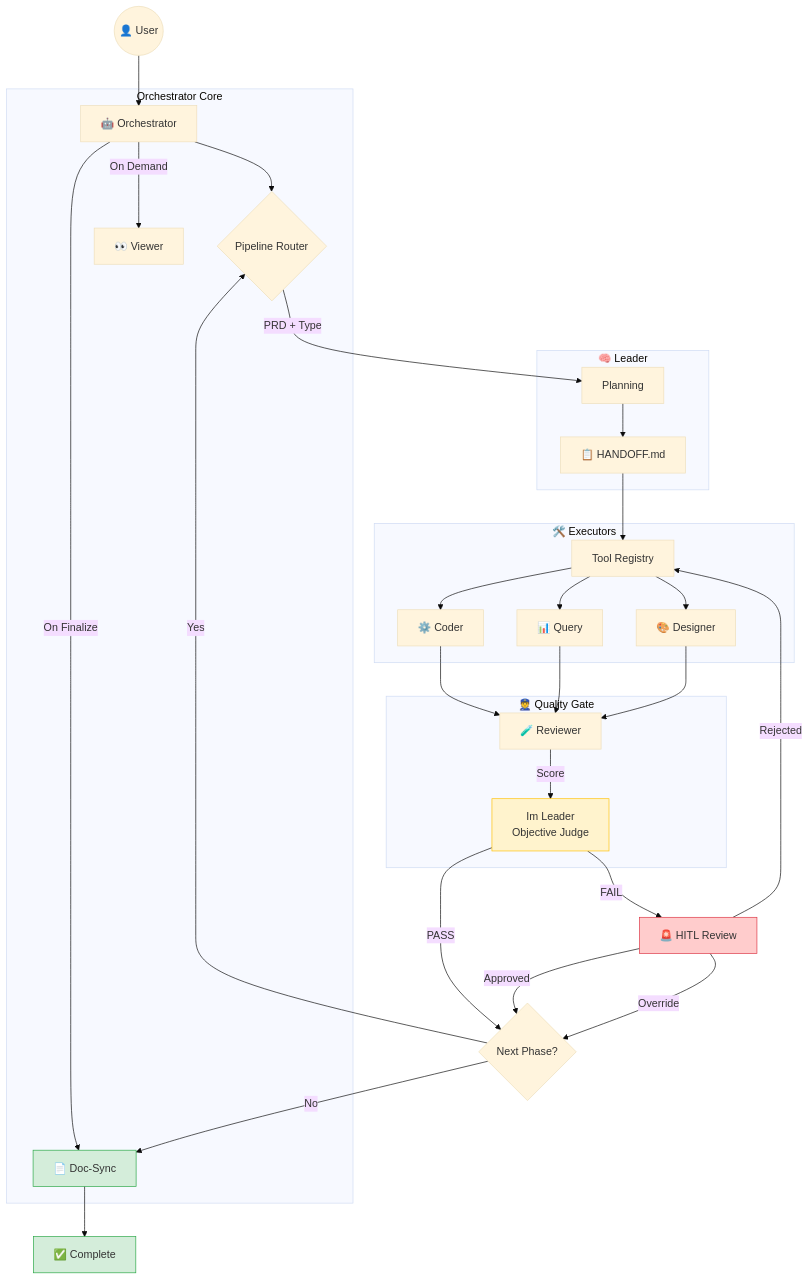
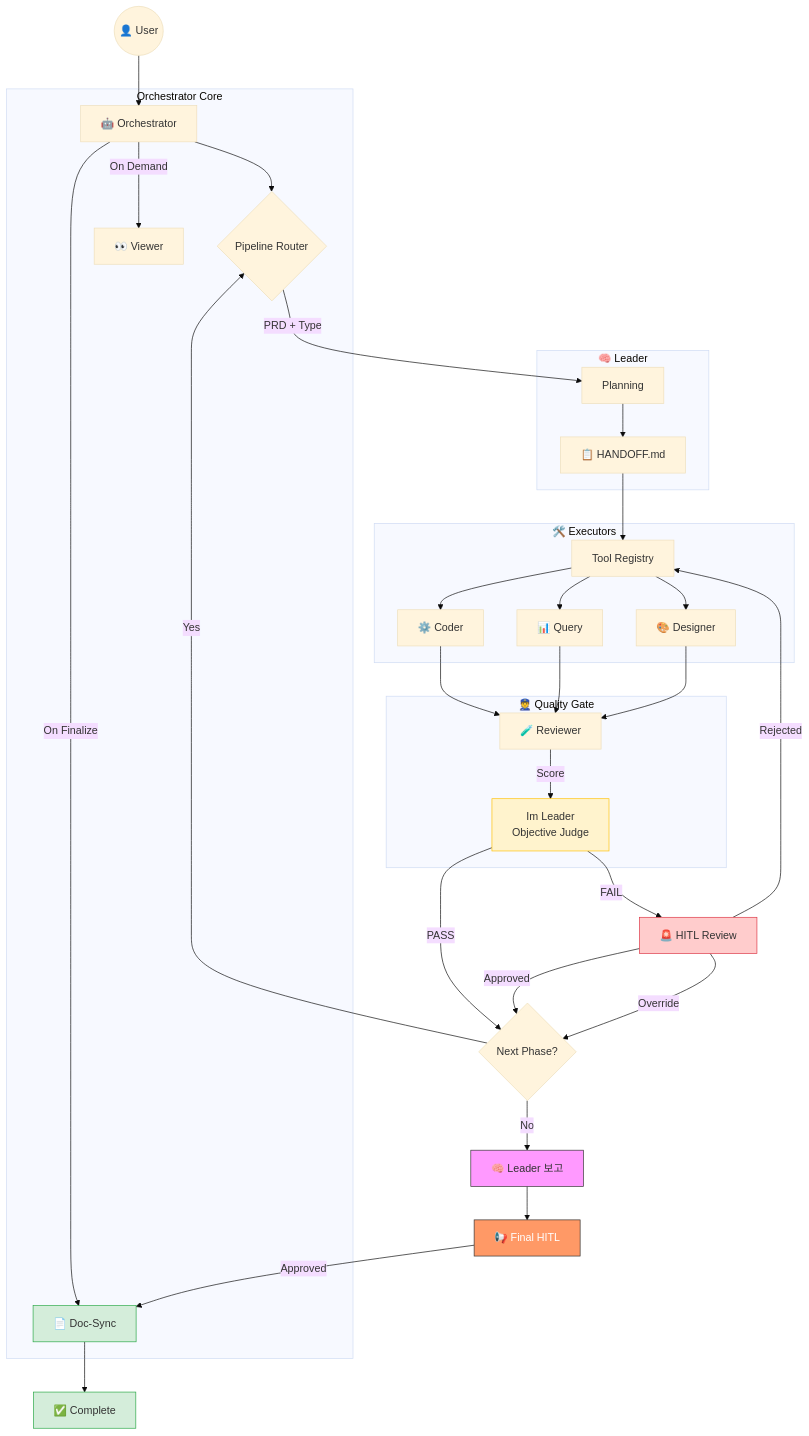
One commit to Jelly1104/orchestrator changed the fifth of 7 diagrams in ATO-System-B/.claude/README.md. Above: the diagram before and after it, drawn with Mermaid (base theme). The commit also changed other lines of this file and 266 other files, not shown here.

````diff
--- a/ATO-System-B/.claude/README.md
+++ b/ATO-System-B/.claude/README.md
@@ -413,45 +415,49 @@
 ```mermaid
 graph TD
     User((👤 User)) --> ORC[🤖 Orchestrator]
 
     subgraph "Orchestrator Core"
         ORC --> Router{Pipeline Router}
         ORC --> |On Demand|Viewer[👀 Viewer]
         ORC --> |On Finalize|DocSync[📄 Doc-Sync]
     end
 
     subgraph "🧠 Leader"
         Router -->|PRD + Type| L_Plan[Planning]
         L_Plan --> Handoff[📋 HANDOFF.md]
     end
 
     subgraph "🛠️ Executors"
         Handoff --> Registry[Tool Registry]
         Registry --> Code[⚙️ Coder]
         Registry --> Analysis[📊 Query]
         Registry --> Design[🎨 Designer]
     end
 
     subgraph "👮 Quality Gate"
         Code --> Review[🧪 Reviewer]
         Analysis --> Review
         Design --> Review
         Review -->|Score| ImLeader[Im Leader<br/>Objective Judge]
     end
 
     ImLeader -->|PASS| PhaseCheck{Next Phase?}
     ImLeader -->|FAIL| HITL[🚨 HITL Review]
 
     PhaseCheck -->|Yes| Router
-    PhaseCheck -->|No| DocSync
+    PhaseCheck -->|No| LeaderReport[🧠 Leader 보고]
+    LeaderReport --> FinalHITL[📢 Final HITL]
+    FinalHITL -->|Approved| DocSync
     DocSync --> Done[✅ Complete]
 
     HITL -->|Approved| PhaseCheck
     HITL -->|Override| PhaseCheck
     HITL -->|Rejected| Registry
 
     style HITL fill:#ffcccc,stroke:#dc3545
+    style FinalHITL fill:#f96,stroke:#333,color:white
+    style LeaderReport fill:#f9f,stroke:#333
     style ImLeader fill:#fff3cd,stroke:#ffc107
     style Done fill:#d4edda,stroke:#28a745
     style DocSync fill:#d4edda,stroke:#28a745
 ```
````
